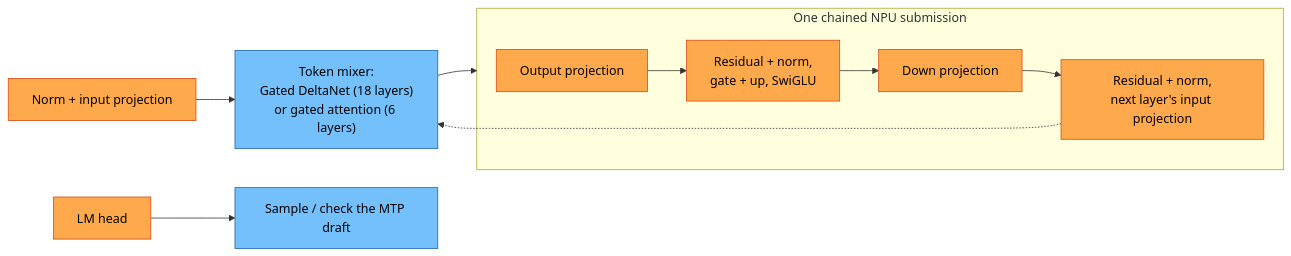
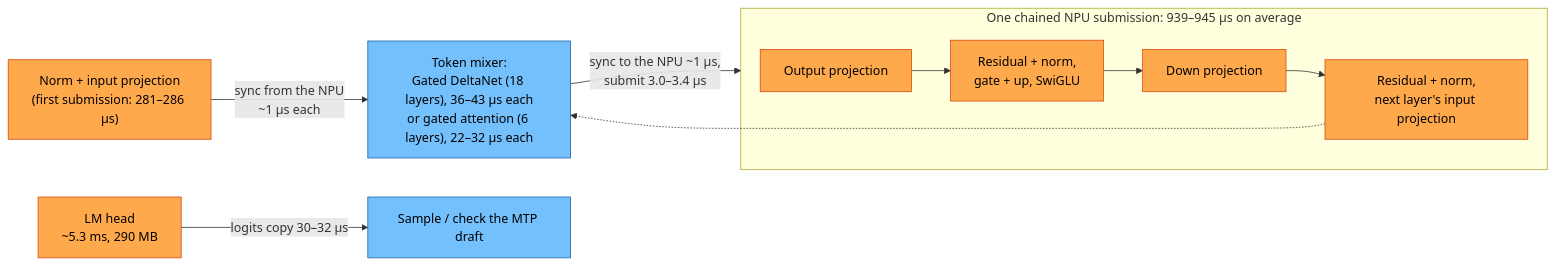
The first of 3 diagrams in docs/models/qwen3.5-2b/README.md (vantreeseba/gufo-npu), drawn with Mermaid before and after one commit. The commit also changed other lines of this file and 1 other file, not shown here.

Commit message:
docs(qwen35_2b): put the decode step's measured times on the data-flow diagrams, with a pie of where a step goes

````diff
--- a/docs/models/qwen3.5-2b/README.md
+++ b/docs/models/qwen3.5-2b/README.md
@@ -31,12 +31,12 @@
 ```mermaid
 flowchart LR
-  inp["Norm + input projection"]:::npu --> mix["Token mixer:<br/>Gated DeltaNet (18 layers)<br/>or gated attention (6 layers)"]:::cpu
-  mix --> sub
-  subgraph sub ["One chained NPU submission"]
+  inp["Norm + input projection<br/>(first submission: 281–286 µs)"]:::npu -- "sync from the NPU<br/>~1 µs each" --> mix["Token mixer:<br/>Gated DeltaNet (18 layers), 36–43 µs each<br/>or gated attention (6 layers), 22–32 µs each"]:::cpu
+  mix -- "sync to the NPU ~1 µs,<br/>submit 3.0–3.4 µs" --> sub
+  subgraph sub ["One chained NPU submission: 939–945 µs on average"]
     out["Output projection"]:::npu --> ffn["Residual + norm,<br/>gate + up, SwiGLU"]:::npu --> down["Down projection"]:::npu --> nxt["Residual + norm,<br/>next layer's input projection"]:::npu
   end
   nxt -.-> mix
-  lm["LM head"]:::npu --> pick["Sample / check the MTP draft"]:::cpu
+  lm["LM head<br/>~5.3 ms, 290 MB"]:::npu -- "logits copy 30–32 µs" --> pick["Sample / check the MTP draft"]:::cpu
   classDef npu fill:#ffa94d,stroke:#d9480f,color:#000
   classDef cpu fill:#74c0fc,stroke:#1864ab,color:#000
 ```
````
